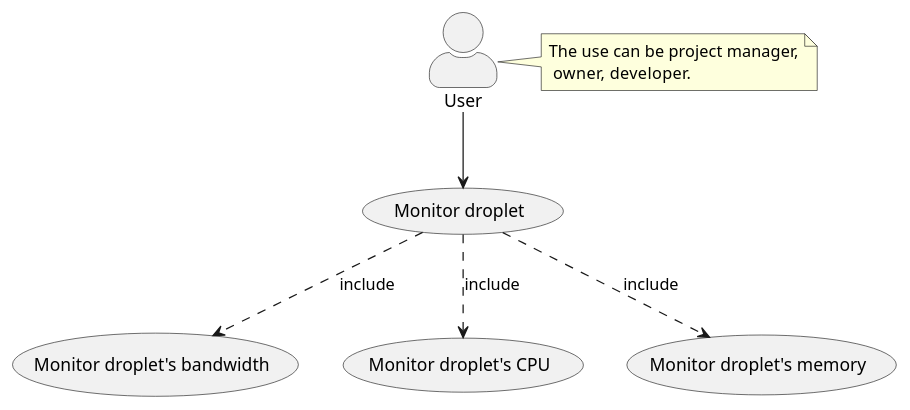
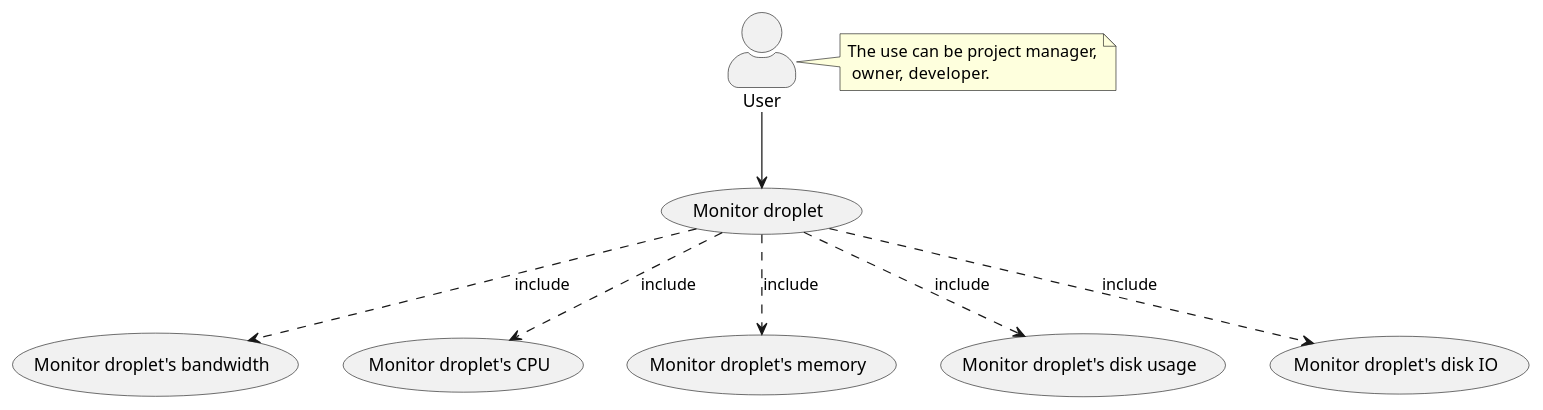
One commit to felixnguyen678/f0-capstone-project-backend changed the diagram in docs/use-case-diagrams/monitoring-droplet.usecase.puml. Above: the diagram before and after it, drawn with PlantUML.

Commit message:
FCP-8 | update monitoring droplet usecase

```diff
--- a/docs/use-case-diagrams/monitoring-droplet.usecase.puml
+++ b/docs/use-case-diagrams/monitoring-droplet.usecase.puml
@@ -2,21 +2,24 @@
 @startuml
 
 skinparam actorStyle awesome
 "User" as User
 (Monitor droplet) as MonitorDroplet
 (Monitor droplet's bandwidth) as MonitorDropletBandwidth
 (Monitor droplet's CPU) as MonitorDropletCPU
 (Monitor droplet's memory) as MonitorDropletMemory
-
+(Monitor droplet's disk usage) as MonitorDropletDiskUsage
+(Monitor droplet's disk IO) as MonitorDropletDiskIO
 User --> MonitorDroplet
 
 
 MonitorDroplet ..> MonitorDropletBandwidth: include
 MonitorDroplet ..> MonitorDropletCPU: include
 MonitorDroplet ..> MonitorDropletMemory: include
+MonitorDroplet ..> MonitorDropletDiskUsage: include
+MonitorDroplet ..> MonitorDropletDiskIO: include
 note right of User: The use can be project manager,\n owner, developer.
 
 
 
 
 @enduml
```
